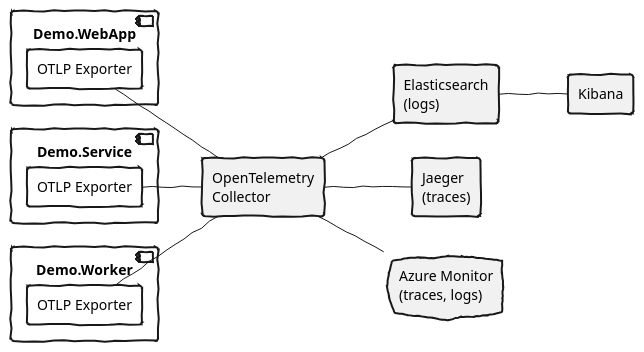
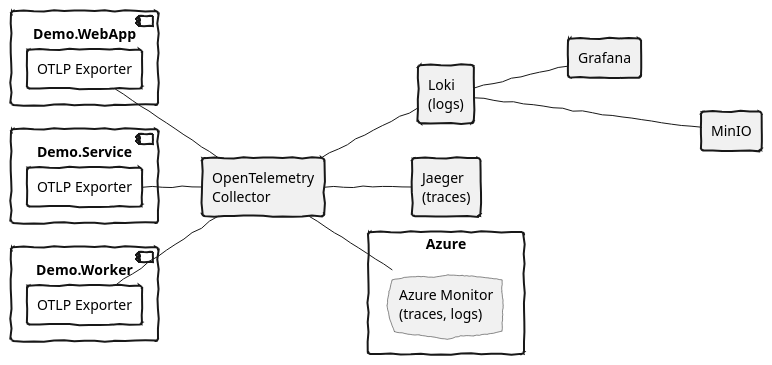
The diagram in src/d-collector/docs/collector-tracing.puml (sgryphon/dotnet-distributed-tracing-examples), drawn with PlantUML before and after one commit. The commit also changed 3 other files, not shown here.

```diff
--- a/src/d-collector/docs/collector-tracing.puml
+++ b/src/d-collector/docs/collector-tracing.puml
@@ -1,70 +1,69 @@
 @startuml
 
 left to right direction
-skinparam { 
-    ComponentBackgroundColor white
-    ComponentBorderThickness 2
-    'ComponentStyle rectangle
-    CloudBorderThickness 2
-    DatabaseBorderThickness 2
-    Handwritten true
-    QueueBorderThickness 2
-    'RectangleBackgroundColor white
-    RectangleBorderThickness 2
-}
-
-'skinparam {
-'    ComponentBorderColor #0e39fb
-'    ComponentFontColor #0e39fb
-'    RectangleBorderColor #0e39fb
-'    RectangleFontColor #0e39fb
-'    ArrowColor #0e39fb
-'}
+skinparam handwritten true
+skinparam useBetaStyle true
+<style>
+    component
+    {
+        backgroundColor white
+    }
+    component, database, queue, rectangle {
+        lineThickness 2
+    }
+    .ui {
+        lineStyle 2
+    }
+</style>
 
 component Demo.WebApp {
     rectangle webapp_exporter as "OTLP Exporter" #ffffff
 }
 component Demo.Service {
     rectangle service_exporter as "OTLP Exporter" #ffffff
 }
 component Demo.Worker {
     rectangle worker_exporter as "OTLP Exporter" #ffffff
 }
 
 rectangle otel_collector as "OpenTelemetry\nCollector"
 
-rectangle Elasticsearch [
-    Elasticsearch
+rectangle Loki [
+    Loki
     (logs)
 ]
-rectangle Kibana
+rectangle Grafana
+rectangle MinIO
 rectangle Jaeger [
     Jaeger
     (traces)
 ]
 
-cloud azure_monitor [
-    Azure Monitor
-    (traces, logs)
-]
+rectangle azure as "Azure" {
+    cloud azure_monitor [
+        Azure Monitor
+        (traces, logs)
+    ]
+}
 
 webapp_exporter -- otel_collector
 service_exporter -- otel_collector
 worker_exporter -- otel_collector
 
 otel_collector -- Jaeger
-otel_collector -- Elasticsearch
-Elasticsearch -- Kibana
+otel_collector -- Loki
+Loki -- Grafana
+Loki --- MinIO
 
 'otel_collector -- Prometheus
 otel_collector -- azure_monitor
 
 'cloud nr_otlp [
 '    NewRelic
 '    (traces, logs)
 ']
 'webapp_exporter -- nr_otlp
 'service_exporter -- nr_otlp
 'worker_exporter -- nr_otlp
 
 @endml
```
